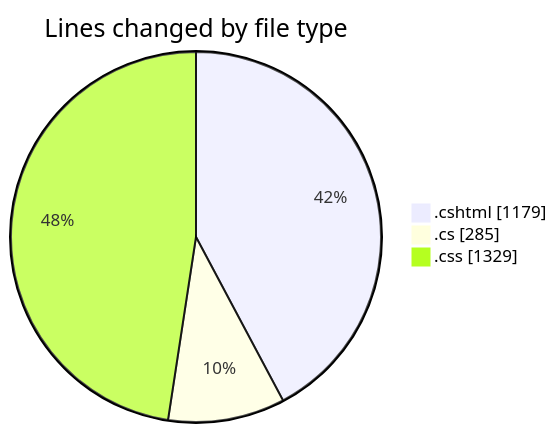
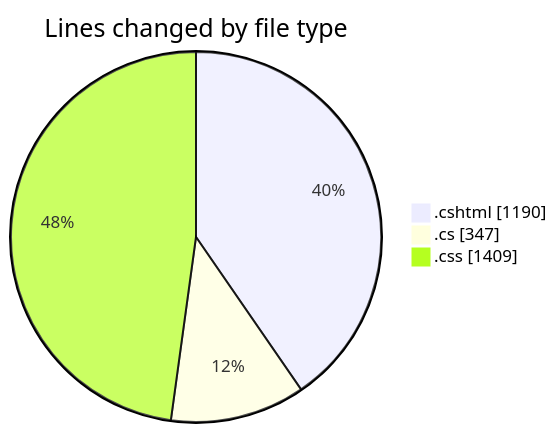
The first of 2 diagrams in 2025-07-18/nhahang/README.md (lephambinh05/code-tracking), drawn with Mermaid before and after one commit. The commit also changed other lines of this file and 1 other file, not shown here.

````diff
--- a/2025-07-18/nhahang/README.md
+++ b/2025-07-18/nhahang/README.md
@@ -39,7 +40,7 @@
 ```mermaid
 pie showData
 title Lines changed by file type
-".cshtml" : 1179
-".cs" : 285
-".css" : 1329
+".cshtml" : 1190
+".cs" : 347
+".css" : 1409
 ```
````
